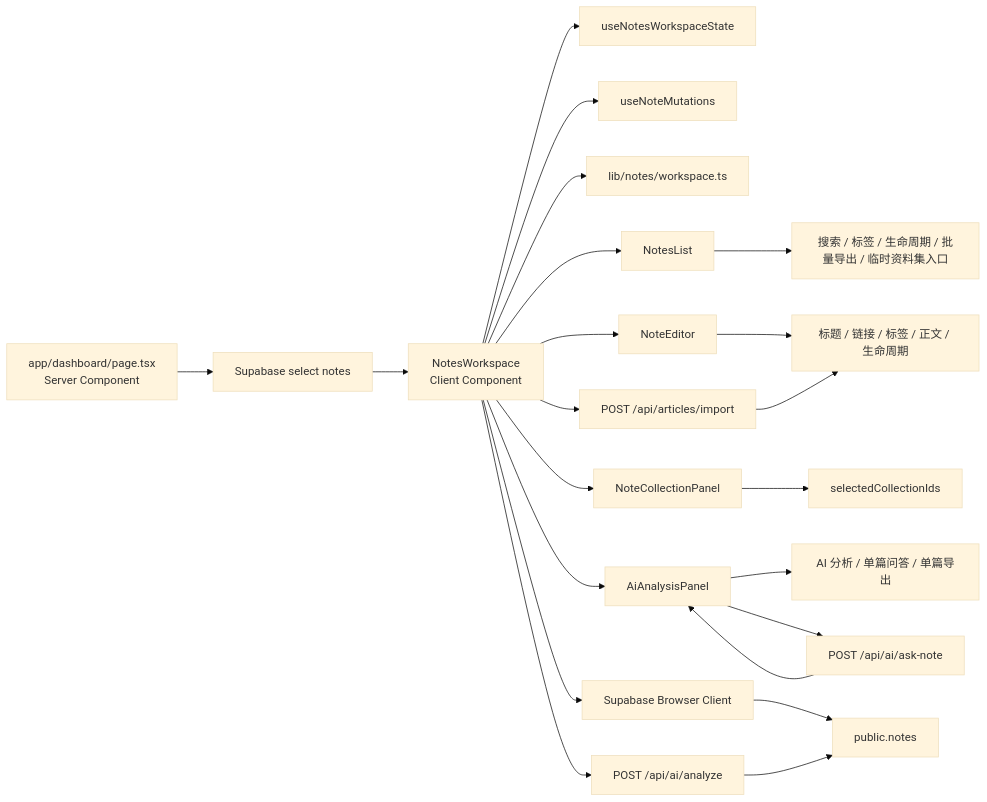
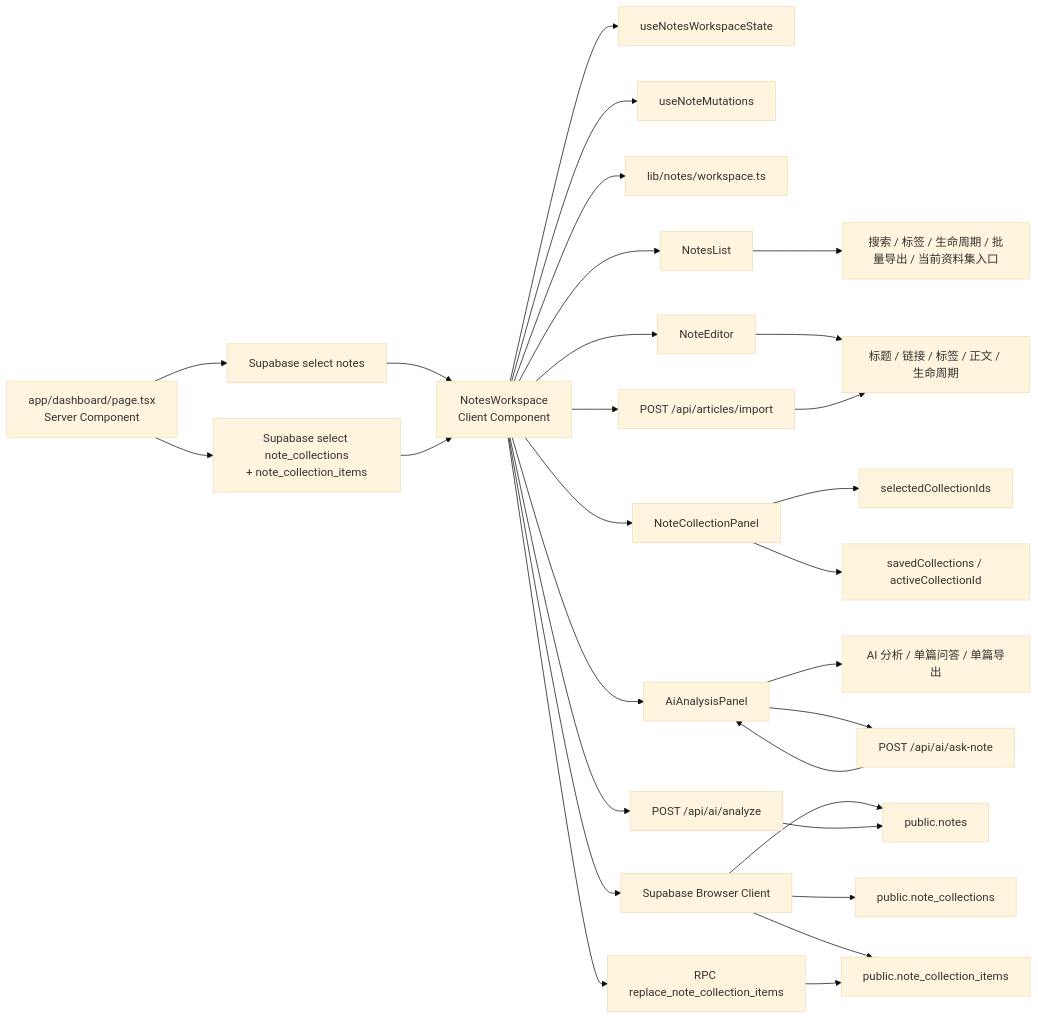
One commit to palmer67/ai-note changed the diagram in docs/architecture/02-user-workspace.md. Above: the diagram before and after it, drawn with Mermaid (base theme). The commit also changed other lines of this file and 13 other files, not shown here.

Commit message:
feat: add saved note collections

````diff
--- a/docs/architecture/02-user-workspace.md
+++ b/docs/architecture/02-user-workspace.md
@@ -26,29 +26,36 @@
 ```mermaid
 flowchart LR
   DashboardPage["app/dashboard/page.tsx<br/>Server Component"] --> FetchNotes["Supabase select notes"]
+  DashboardPage --> FetchCollections["Supabase select note_collections<br/>+ note_collection_items"]
   FetchNotes --> Workspace["NotesWorkspace<br/>Client Component"]
+  FetchCollections --> Workspace
 
   Workspace --> StateHook["useNotesWorkspaceState"]
   Workspace --> MutationHook["useNoteMutations"]
   Workspace --> WorkspaceLib["lib/notes/workspace.ts"]
 
   Workspace --> List["NotesList"]
   Workspace --> Editor["NoteEditor"]
   Workspace --> Collection["NoteCollectionPanel"]
   Workspace --> AI["AiAnalysisPanel"]
 
-  List --> Filters["搜索 / 标签 / 生命周期 / 批量导出 / 临时资料集入口"]
+  List --> Filters["搜索 / 标签 / 生命周期 / 批量导出 / 当前资料集入口"]
   Editor --> Draft["标题 / 链接 / 标签 / 正文 / 生命周期"]
   Collection --> TempSet["selectedCollectionIds"]
+  Collection --> SavedSet["savedCollections / activeCollectionId"]
   AI --> QA["AI 分析 / 单篇问答 / 单篇导出"]
 
   Workspace --> BrowserSupabase["Supabase Browser Client"]
   Workspace --> ApiAnalyze["POST /api/ai/analyze"]
   Workspace --> ApiImport["POST /api/articles/import"]
+  Workspace --> ReplaceCollectionItems["RPC replace_note_collection_items"]
   AI --> ApiAsk["POST /api/ai/ask-note"]
 
   BrowserSupabase --> NotesTable["public.notes"]
+  BrowserSupabase --> CollectionsTable["public.note_collections"]
+  BrowserSupabase --> CollectionItemsTable["public.note_collection_items"]
+  ReplaceCollectionItems --> CollectionItemsTable
   ApiAnalyze --> NotesTable
   ApiImport --> Draft
   ApiAsk --> AI
 ```
````
